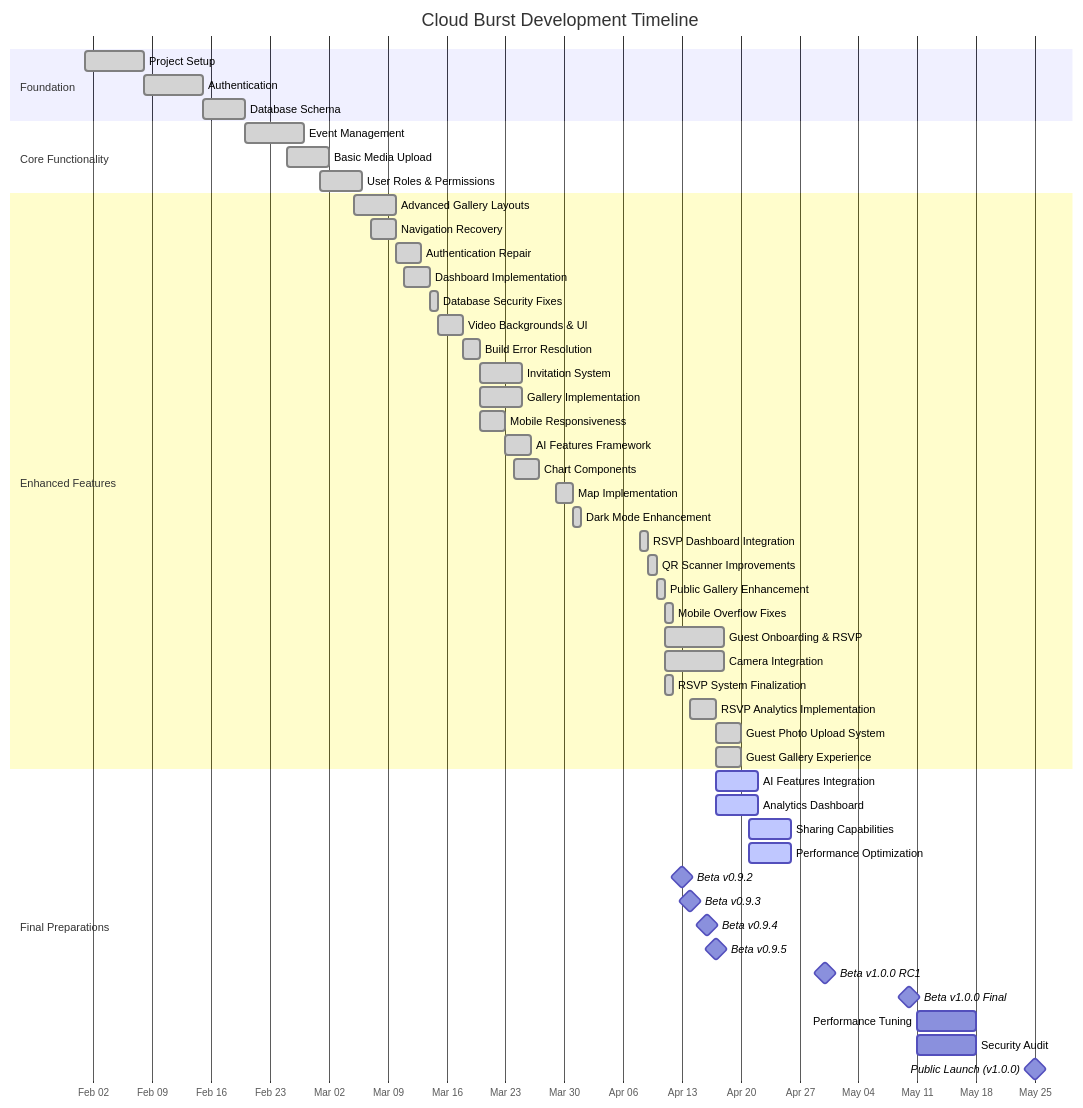
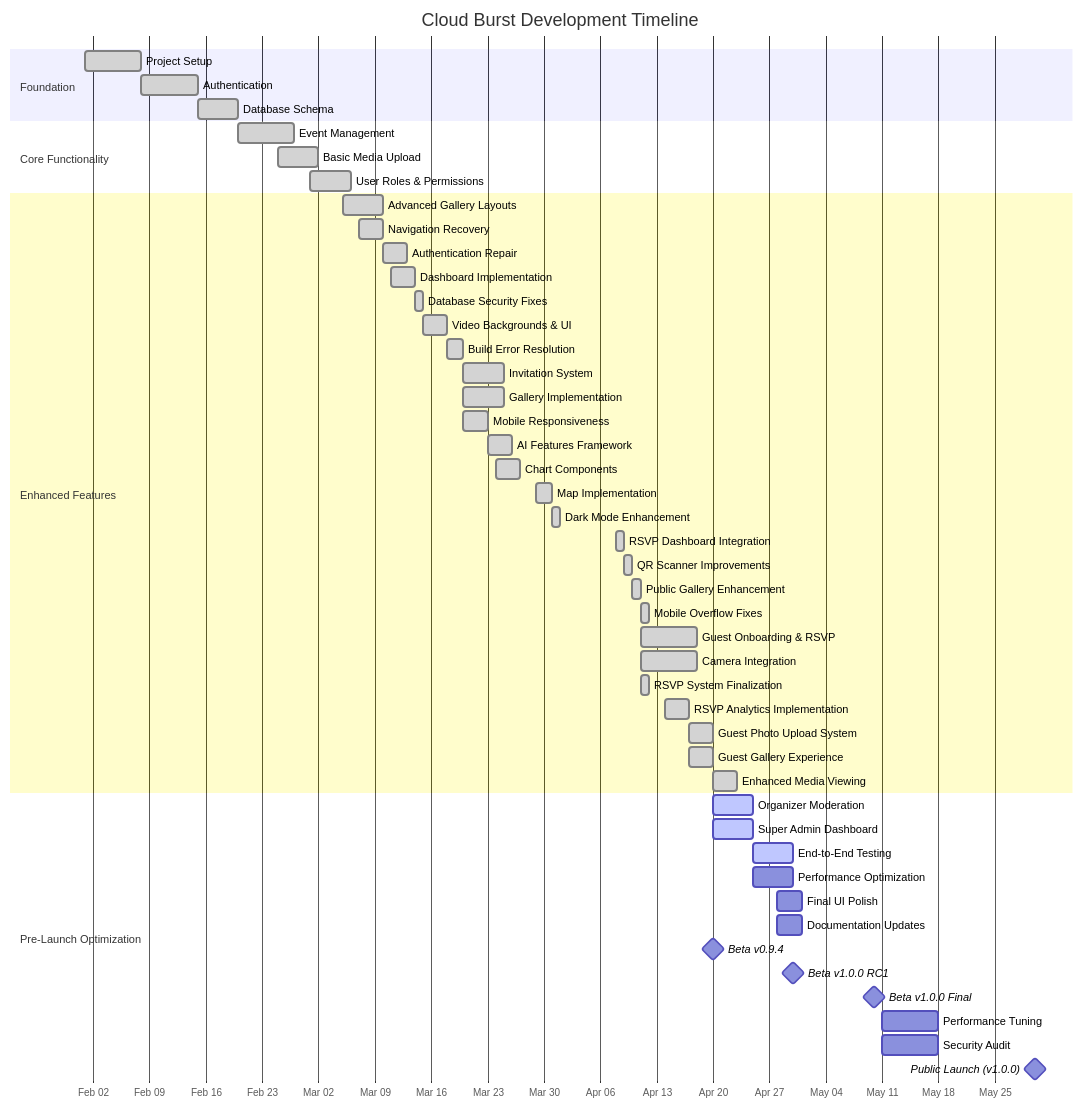
One commit to mrj0nesmtl/cloud-burst changed the first of 2 diagrams in docs/planning/roadmap.md. Above: the diagram before and after it, drawn with Mermaid. The commit also changed other lines of this file and 35 other files, not shown here.

````diff
--- a/docs/planning/roadmap.md
+++ b/docs/planning/roadmap.md
@@ -201,57 +181,57 @@
 ```mermaid
 gantt
     title Cloud Burst Development Timeline
     dateFormat  YYYY-MM-DD
     axisFormat %b %d
     
     section Foundation
     Project Setup           :done, f1, 2025-02-01, 7d
     Authentication          :done, f2, 2025-02-08, 7d
     Database Schema         :done, f3, 2025-02-15, 5d
     
     section Core Functionality
     Event Management        :done, c1, 2025-02-20, 7d
     Basic Media Upload      :done, c2, 2025-02-25, 5d
     User Roles & Permissions:done, c3, 2025-03-01, 5d
     
     section Enhanced Features
     Advanced Gallery Layouts:done, e1, 2025-03-05, 5d
     Navigation Recovery     :done, e2, 2025-03-07, 3d
     Authentication Repair   :done, e3, 2025-03-10, 3d
     Dashboard Implementation:done, e4, 2025-03-11, 3d
     Database Security Fixes :done, e5, 2025-03-14, 1d
     Video Backgrounds & UI  :done, e6, 2025-03-15, 3d
     Build Error Resolution  :done, e7, 2025-03-18, 2d
     Invitation System       :done, e8, 2025-03-20, 5d
     Gallery Implementation  :done, e9, 2025-03-20, 5d
     Mobile Responsiveness   :done, e10, 2025-03-20, 3d
     AI Features Framework   :done, e11, 2025-03-23, 3d
     Chart Components        :done, e14, 2025-03-24, 3d
     Map Implementation      :done, e15, 2025-03-29, 2d
     Dark Mode Enhancement   :done, e16, 2025-03-31, 1d
     RSVP Dashboard Integration :done, e17, 2025-04-08, 1d
     QR Scanner Improvements :done, e18, 2025-04-09, 1d
     Public Gallery Enhancement :done, e19, 2025-04-10, 1d
     Mobile Overflow Fixes   :done, e20, 2025-04-11, 1d
     Guest Onboarding & RSVP :done, e21, 2025-04-11, 7d
     Camera Integration      :done, e22, 2025-04-11, 7d
     RSVP System Finalization:done, e23, 2025-04-11, 1d
     RSVP Analytics Implementation:done, e24, 2025-04-14, 3d
     Guest Photo Upload System:done, e25, 2025-04-17, 3d
     Guest Gallery Experience:done, e26, 2025-04-17, 3d
+    Enhanced Media Viewing  :done, e27, 2025-04-20, 3d
     
-    section Final Preparations
-    AI Features Integration :active, ai1, 2025-04-17, 5d
-    Analytics Dashboard     :active, ad1, 2025-04-17, 5d
-    Sharing Capabilities    :active, sc1, 2025-04-21, 5d
-    Performance Optimization:active, po1, 2025-04-21, 5d
-    Beta v0.9.2             :milestone, b0, 2025-04-13, 0d
-    Beta v0.9.3             :milestone, b0a, 2025-04-14, 0d
-    Beta v0.9.4             :milestone, b0b, 2025-04-16, 0d
-    Beta v0.9.5             :milestone, b0c, 2025-04-17, 0d
+    section Pre-Launch Optimization
+    Organizer Moderation    :active, om1, 2025-04-20, 5d
+    Super Admin Dashboard   :active, ad1, 2025-04-20, 5d
+    End-to-End Testing      :active, et1, 2025-04-25, 5d
+    Performance Optimization:po1, 2025-04-25, 5d
+    Final UI Polish         :ui1, 2025-04-28, 3d
+    Documentation Updates   :doc1, 2025-04-28, 3d
+    Beta v0.9.4             :milestone, b0c, 2025-04-20, 0d
     Beta v1.0.0 RC1         :milestone, b1, 2025-04-30, 0d
     Beta v1.0.0 Final       :milestone, b2, 2025-05-10, 0d
     Performance Tuning      :o1, 2025-05-11, 7d
     Security Audit          :o2, 2025-05-11, 7d
-    Public Launch (v1.0.0)  :milestone, l3, 2025-05-25, 0d
+    Public Launch (v1.0.0)  :milestone, l3, 2025-05-30, 0d
 ```
````
